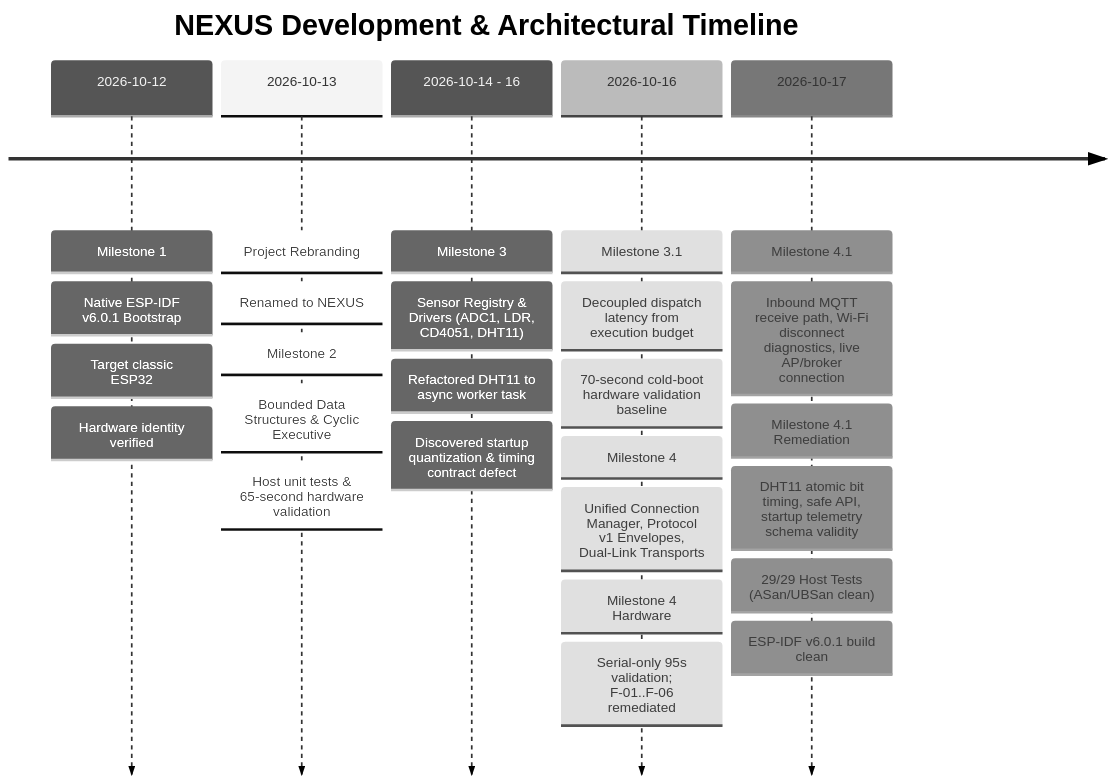
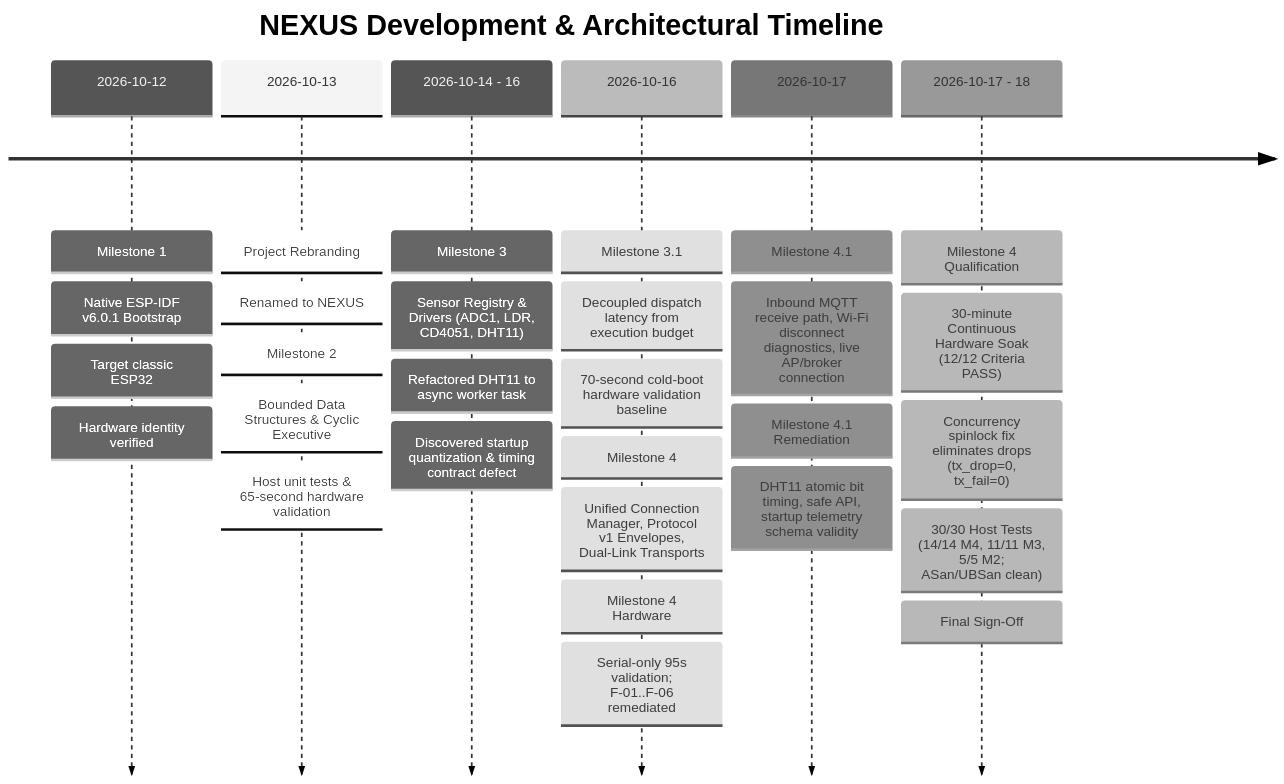
Before and after one commit to aryan-madhavi/NEXUS: the diagram in docs/milestones/PROJECT_HISTORY.md, drawn with Mermaid (neutral theme). The commit also changed other lines of this file and 26 other files, not shown here.

First line of the commit message:
feat(milestone-4): finalize transport reliability and soak qualification

````diff
--- a/docs/milestones/PROJECT_HISTORY.md
+++ b/docs/milestones/PROJECT_HISTORY.md
@@ -19,19 +19,21 @@
 ```mermaid
 timeline
     title NEXUS Development & Architectural Timeline
     2026-10-12 : Milestone 1 : Native ESP-IDF v6.0.1 Bootstrap
                : Target classic ESP32 : Hardware identity verified
     2026-10-13 : Project Rebranding : Renamed to NEXUS
                : Milestone 2 : Bounded Data Structures & Cyclic Executive
                : Host unit tests & 65-second hardware validation
     2026-10-14 - 16 : Milestone 3 : Sensor Registry & Drivers (ADC1, LDR, CD4051, DHT11)
                     : Refactored DHT11 to async worker task
                     : Discovered startup quantization & timing contract defect
     2026-10-16 : Milestone 3.1 : Decoupled dispatch latency from execution budget
                : 70-second cold-boot hardware validation baseline
                : Milestone 4 : Unified Connection Manager, Protocol v1 Envelopes, Dual-Link Transports
                : Milestone 4 Hardware : Serial-only 95s validation; F-01..F-06 remediated
     2026-10-17 : Milestone 4.1 : Inbound MQTT receive path, Wi-Fi disconnect diagnostics, live AP/broker connection
                : Milestone 4.1 Remediation : DHT11 atomic bit timing, safe API, startup telemetry schema validity
-               : 29/29 Host Tests (ASan/UBSan clean) : ESP-IDF v6.0.1 build clean
+    2026-10-17 - 18 : Milestone 4 Qualification : 30-minute Continuous Hardware Soak (12/12 Criteria PASS)
+                    : Concurrency spinlock fix eliminates drops (tx_drop=0, tx_fail=0)
+                    : 30/30 Host Tests (14/14 M4, 11/11 M3, 5/5 M2; ASan/UBSan clean) : Final Sign-Off
 ```
````
